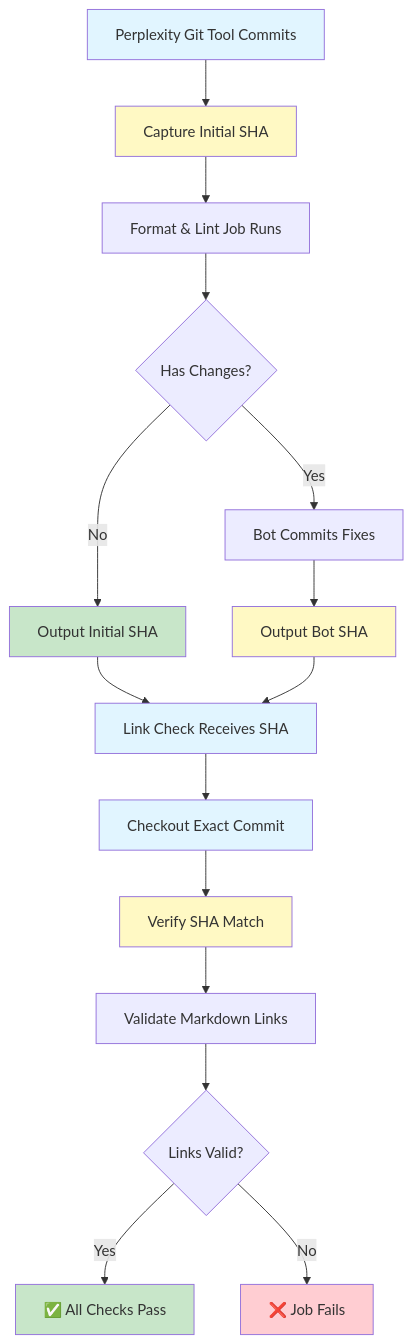
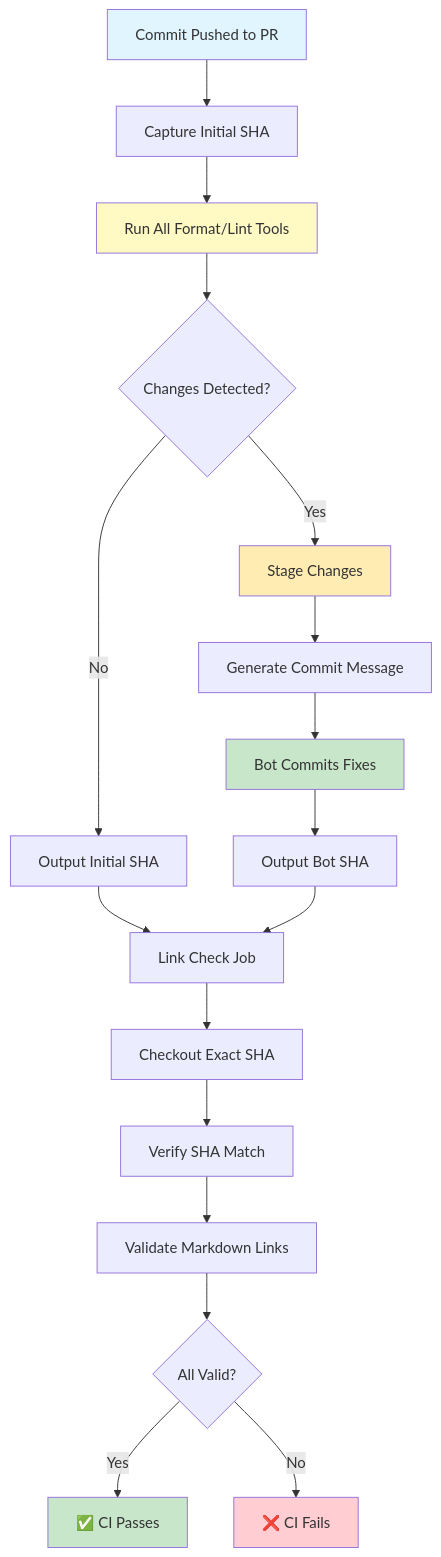
Before and after one commit to borealBytes/startup-blueprint: the third of 6 diagrams in .github/CI_CD_GUIDE.md, drawn with Mermaid. The commit also changed other lines of this file, not shown here.

````diff
--- a/.github/CI_CD_GUIDE.md
+++ b/.github/CI_CD_GUIDE.md
@@ -40,27 +88,26 @@
 ```mermaid
 flowchart TD
-    A[Perplexity Git Tool Commits] --> B[Capture Initial SHA]
-    B --> C[Format & Lint Job Runs]
-    C --> D{Has Changes?}
-    D -->|Yes| E[Bot Commits Fixes]
+    A[Commit Pushed to PR] --> B[Capture Initial SHA]
+    B --> C[Run All Format/Lint Tools]
+    C --> D{Changes Detected?}
+    D -->|Yes| E[Stage Changes]
     D -->|No| F[Output Initial SHA]
-    E --> G[Output Bot SHA]
-    F --> H[Link Check Receives SHA]
-    G --> H
-    H --> I[Checkout Exact Commit]
-    I --> J[Verify SHA Match]
-    J --> K[Validate Markdown Links]
-    K --> L{Links Valid?}
-    L -->|Yes| M[✅ All Checks Pass]
-    L -->|No| N[❌ Job Fails]
-
+    E --> G[Generate Commit Message]
+    G --> H[Bot Commits Fixes]
+    H --> I[Output Bot SHA]
+    F --> J[Link Check Job]
+    I --> J
+    J --> K[Checkout Exact SHA]
+    K --> L[Verify SHA Match]
+    L --> M[Validate Markdown Links]
+    M --> N{All Valid?}
+    N -->|Yes| O[✅ CI Passes]
+    N -->|No| P[❌ CI Fails]
+    
     style A fill:#e1f5ff
-    style B fill:#fff9c4
-    style F fill:#c8e6c9
-    style G fill:#fff9c4
-    style H fill:#e1f5ff
-    style I fill:#e1f5ff
-    style J fill:#fff9c4
-    style M fill:#c8e6c9
-    style N fill:#ffcdd2
+    style C fill:#fff9c4
+    style E fill:#ffecb3
+    style H fill:#c8e6c9
+    style O fill:#c8e6c9
+    style P fill:#ffcdd2
 ```
````
